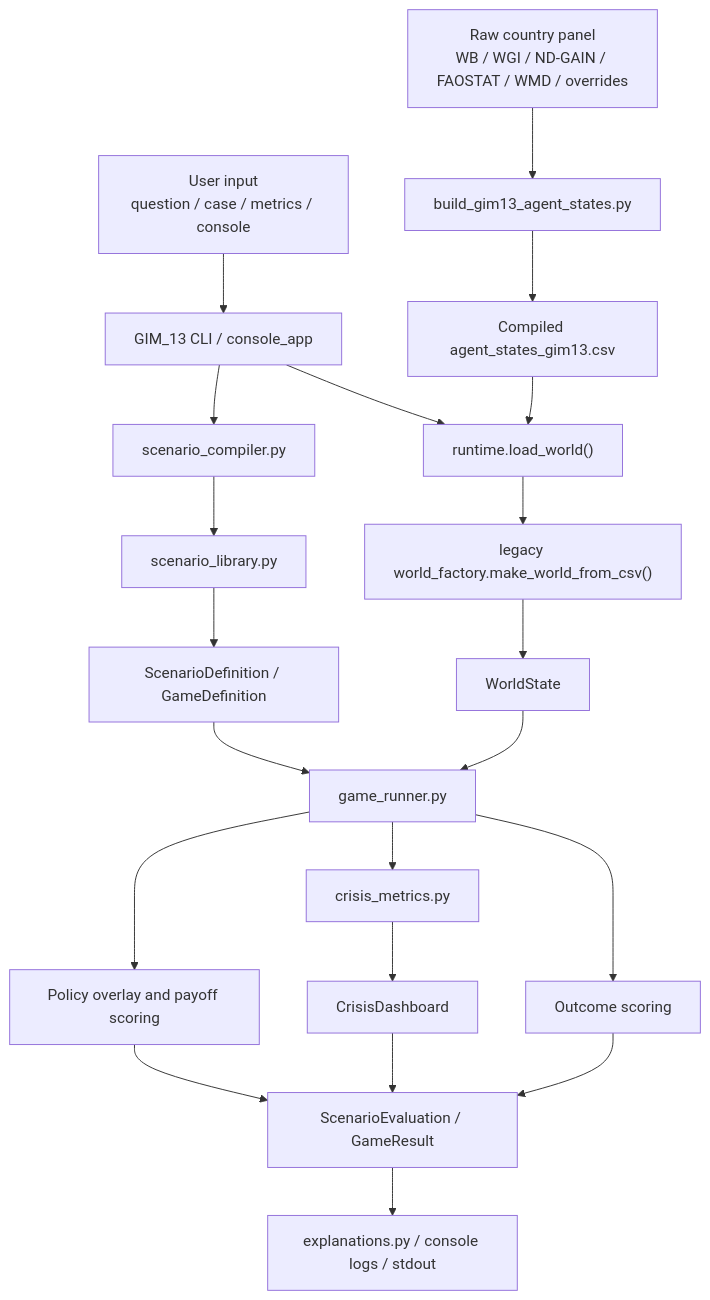
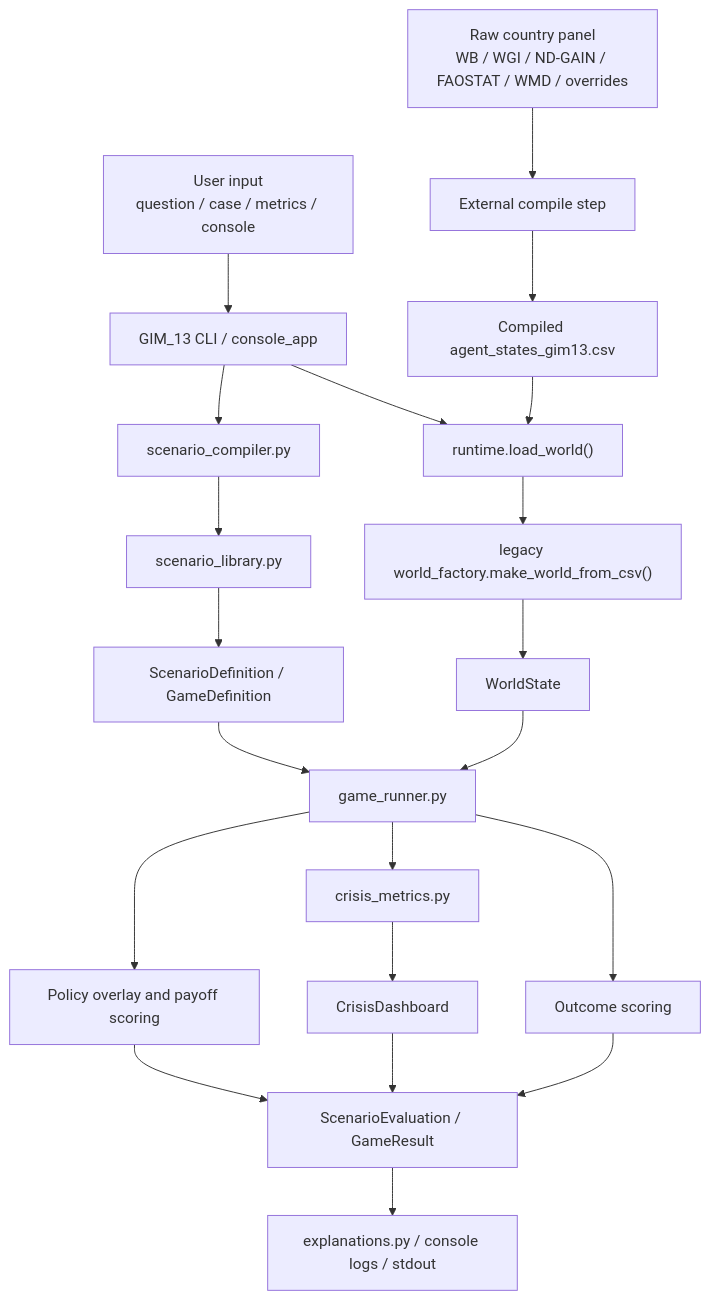
Before and after one commit to Theclimateguy/GIM: the first of 3 diagrams in MODEL_DOCUMENTATION.md, drawn with Mermaid. The commit also changed other lines of this file, not shown here.

````diff
--- a/MODEL_DOCUMENTATION.md
+++ b/MODEL_DOCUMENTATION.md
@@ -35,26 +35,26 @@
 ```mermaid
 flowchart TD
     A["User input<br/>question / case / metrics / console"] --> B["GIM_13 CLI / console_app"]
     B --> C["runtime.load_world()"]
     C --> D["legacy world_factory.make_world_from_csv()"]
     D --> E["WorldState"]
 
     B --> F["scenario_compiler.py"]
     F --> G["scenario_library.py"]
     G --> H["ScenarioDefinition / GameDefinition"]
 
     E --> I["game_runner.py"]
     H --> I
     I --> J["Outcome scoring"]
     I --> K["crisis_metrics.py"]
     K --> L["CrisisDashboard"]
     I --> M["Policy overlay and payoff scoring"]
     J --> N["ScenarioEvaluation / GameResult"]
     L --> N
     M --> N
     N --> O["explanations.py / console logs / stdout"]
 
-    P["Raw country panel<br/>WB / WGI / ND-GAIN / FAOSTAT / WMD / overrides"] --> Q["build_gim13_agent_states.py"]
+    P["Raw country panel<br/>WB / WGI / ND-GAIN / FAOSTAT / WMD / overrides"] --> Q["External compile step"]
     Q --> R["Compiled agent_states_gim13.csv"]
     R --> C
 ```
````
